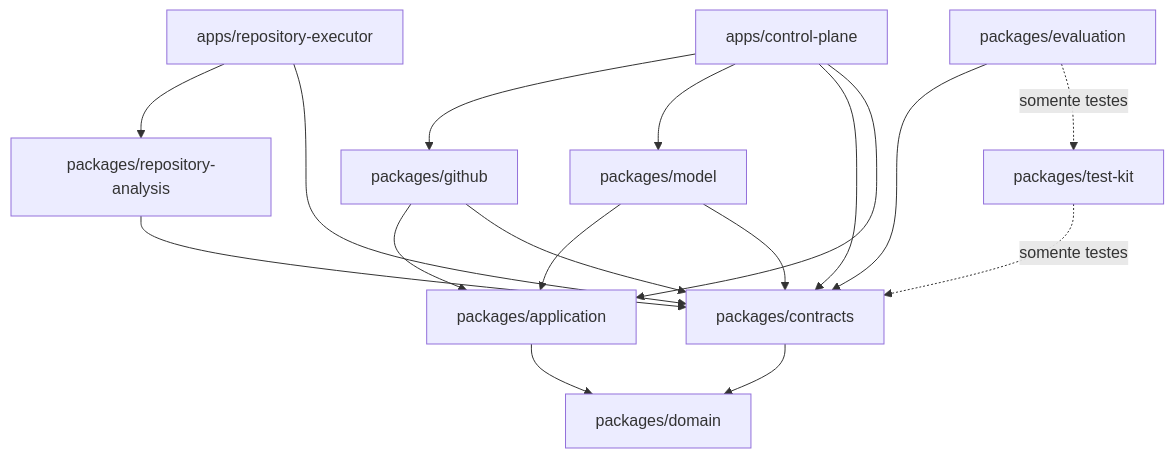
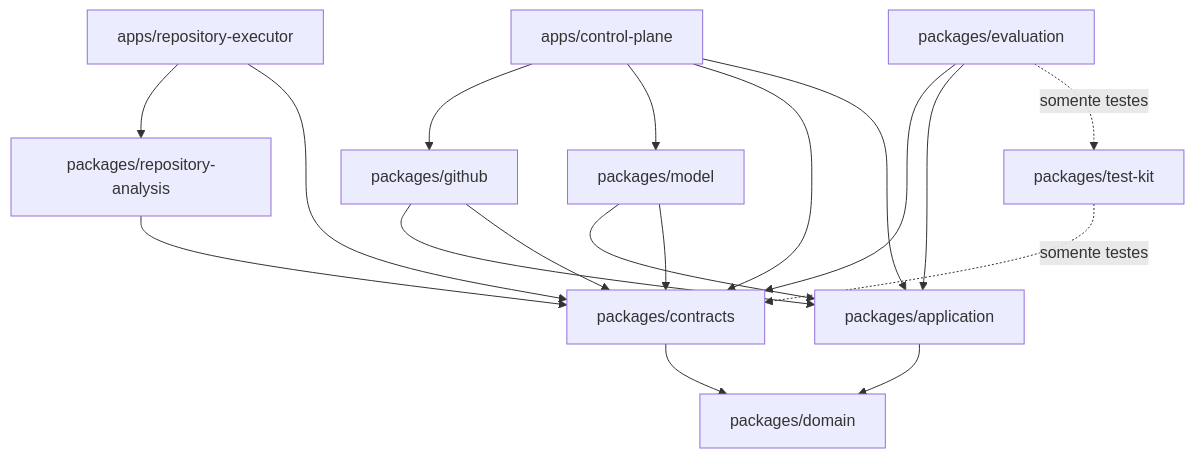
The diagram in docs/architecture/technical-ecosystem.md (ThiagoCrepequer/holon), drawn with Mermaid before and after one commit. The commit also changed other lines of this file and 6 other files, not shown here.

````diff
--- a/docs/architecture/technical-ecosystem.md
+++ b/docs/architecture/technical-ecosystem.md
@@ -62,30 +62,31 @@
 ```mermaid
 flowchart TD
     CP[apps/control-plane]
     EX[apps/repository-executor]
     GH[packages/github]
     MO[packages/model]
     RA[packages/repository-analysis]
     CT[packages/contracts]
     EV[packages/evaluation]
     AP[packages/application]
     DO[packages/domain]
     TK[packages/test-kit]
 
     CP --> GH
     CP --> MO
     CP --> CT
     CP --> AP
     EX --> RA
     EX --> CT
     GH --> AP
     GH --> CT
     MO --> AP
     MO --> CT
     RA --> CT
     EV --> CT
+    EV --> AP
     EV -. somente testes .-> TK
     CT --> DO
     AP --> DO
     TK -. somente testes .-> CT
 ```
````
